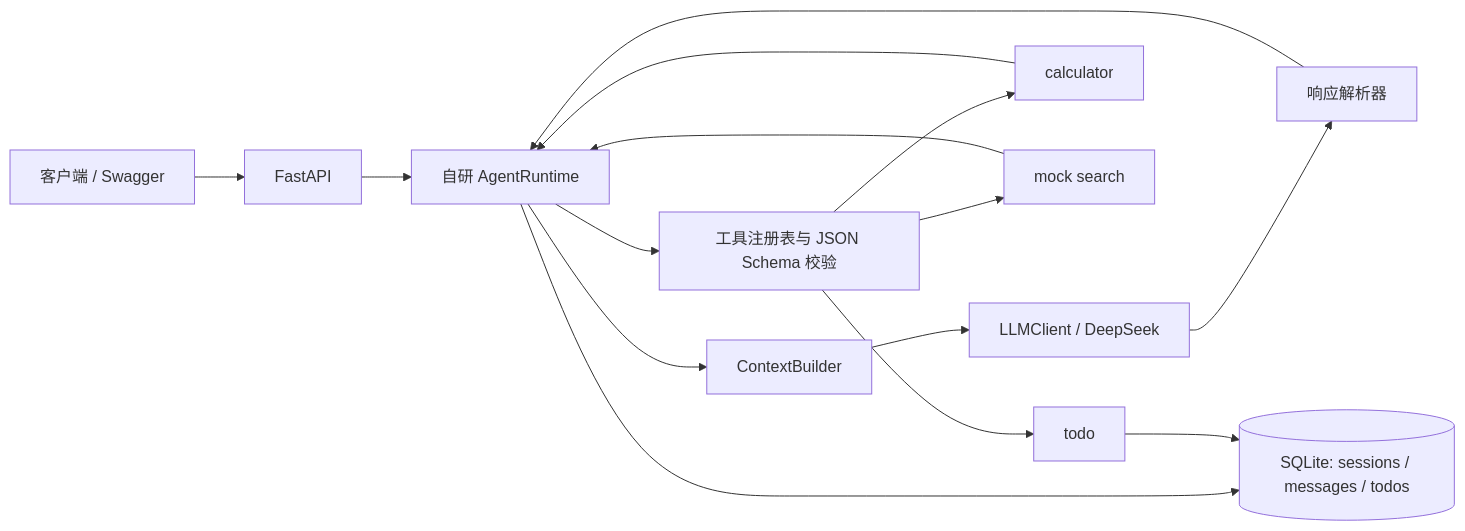
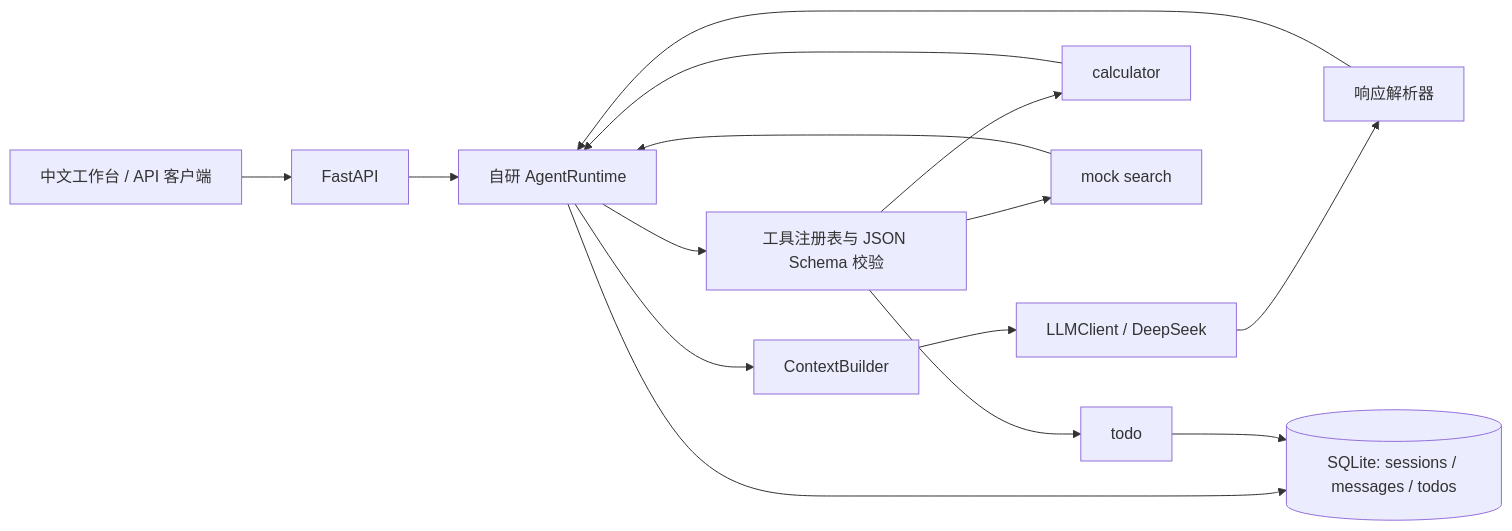
The diagram in README.md (ljy-0105/self-built-agent-runtime), drawn with Mermaid before and after one commit. The commit also changed other lines of this file and 7 other files, not shown here.

````diff
--- a/README.md
+++ b/README.md
@@ -73,17 +75,17 @@
 ```mermaid
 flowchart LR
-    Client[客户端 / Swagger] --> API[FastAPI]
+    Client[中文工作台 / API 客户端] --> API[FastAPI]
     API --> Runtime[自研 AgentRuntime]
     Runtime --> Context[ContextBuilder]
     Context --> LLM[LLMClient / DeepSeek]
     LLM --> Parser[响应解析器]
     Parser --> Runtime
     Runtime --> Registry[工具注册表与 JSON Schema 校验]
     Registry --> Calculator[calculator]
     Registry --> Search[mock search]
     Registry --> Todo[todo]
     Runtime --> SQLite[(SQLite: sessions / messages / todos)]
     Calculator --> Runtime
     Search --> Runtime
     Todo --> SQLite
 ```
````
